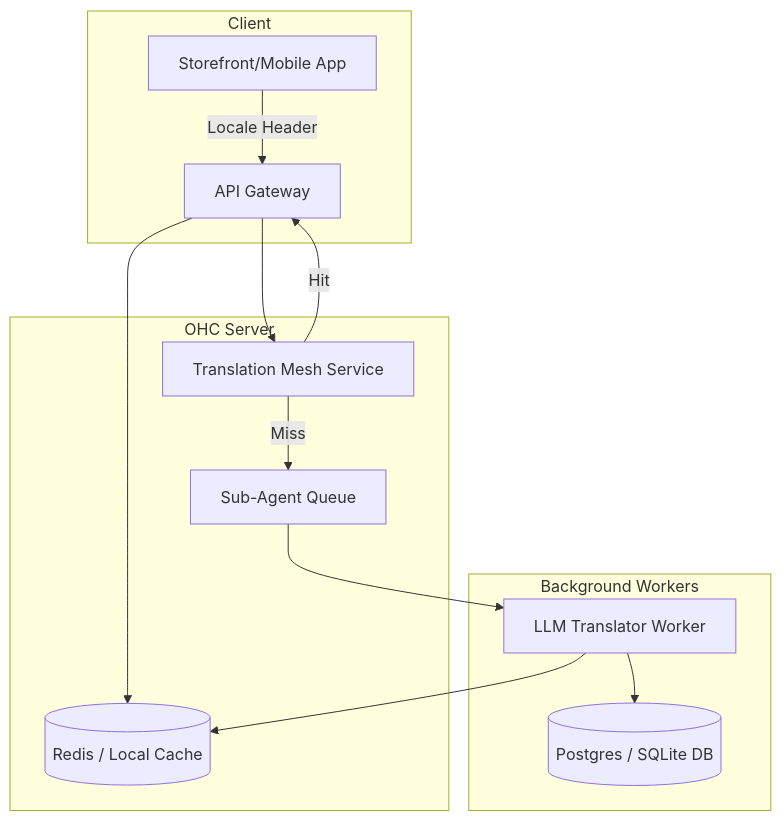
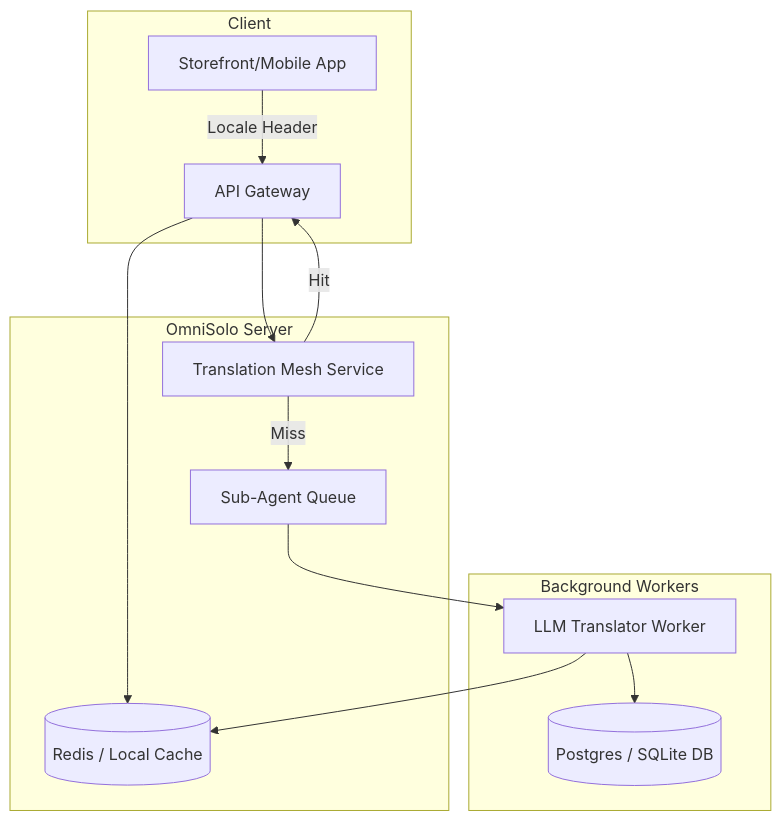
The diagram in docs/research/[architecture]_unified_multilingual_hybrid_translation_mesh.md (omnisolo-llc/onehumancorp), drawn with Mermaid before and after one commit. The commit also changed other lines of this file and 2191 other files, not shown here.

Commit message:
feat: complete OmniSolo rename and browser audit

````diff
--- a/docs/research/[architecture]_unified_multilingual_hybrid_translation_mesh.md
+++ b/docs/research/[architecture]_unified_multilingual_hybrid_translation_mesh.md
@@ -13,19 +13,19 @@
 ```mermaid
 graph TD;
     subgraph Client
         Storefront[Storefront/Mobile App] -->|Locale Header| Gateway;
     end
 
-    subgraph OHC Server
+    subgraph OmniSolo Server
         Gateway[API Gateway] --> TranslationCache[(Redis / Local Cache)];
         Gateway --> TranslationService[Translation Mesh Service];
         TranslationService -->|Miss| TranslationQueue[Sub-Agent Queue];
         TranslationService -->|Hit| Gateway;
     end
 
     subgraph Background Workers
         TranslationQueue --> TranslatorAgent[LLM Translator Worker];
         TranslatorAgent --> TranslationCache;
         TranslatorAgent --> DB[(Postgres / SQLite DB)];
     end
 ```
````
